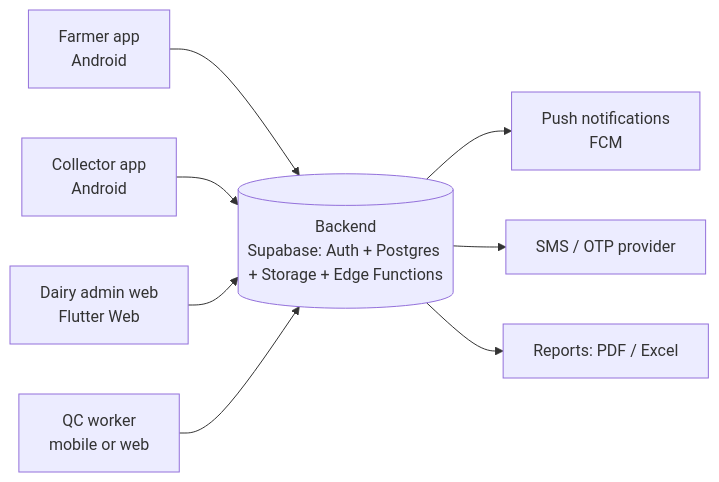
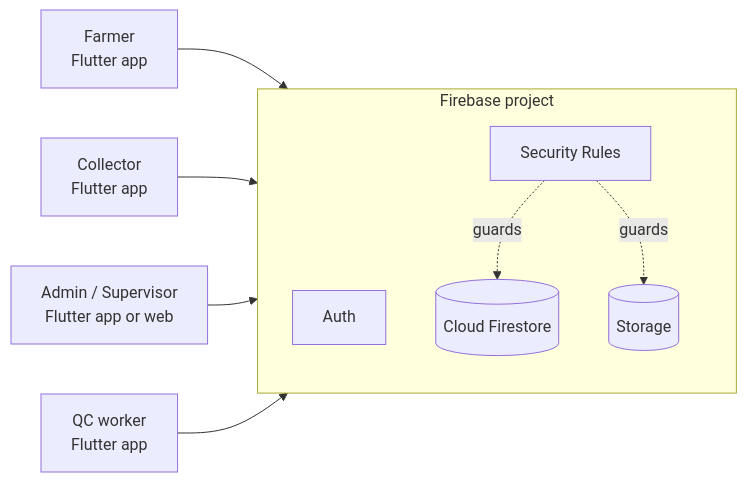
Before and after one commit to kalviumcommunity/SW2627-DART-FLUTTER-Farm2Factory: the first of 2 diagrams in docs/HLD.md, drawn with Mermaid. The commit also changed other lines of this file and 29 other files, not shown here.

````diff
--- a/docs/HLD.md
+++ b/docs/HLD.md
@@ -24,11 +42,15 @@
 ```mermaid
 flowchart LR
-    F[Farmer app<br/>Android] --> API
-    C[Collector app<br/>Android] --> API
-    A[Dairy admin web<br/>Flutter Web] --> API
-    Q[QC worker<br/>mobile or web] --> API
-    API[(Backend<br/>Supabase: Auth + Postgres + Storage + Edge Functions)]
-    API --> N[Push notifications<br/>FCM]
-    API --> S[SMS / OTP provider]
-    API --> R[Reports: PDF / Excel]
+    F[Farmer<br/>Flutter app] --> FB
+    C[Collector<br/>Flutter app] --> FB
+    A[Admin / Supervisor<br/>Flutter app or web] --> FB
+    Q[QC worker<br/>Flutter app] --> FB
+    subgraph FB[Firebase project]
+        AU[Auth]
+        FS[(Cloud Firestore)]
+        ST[(Storage)]
+        RU[Security Rules]
+    end
+    RU -. guards .-> FS
+    RU -. guards .-> ST
 ```
````
